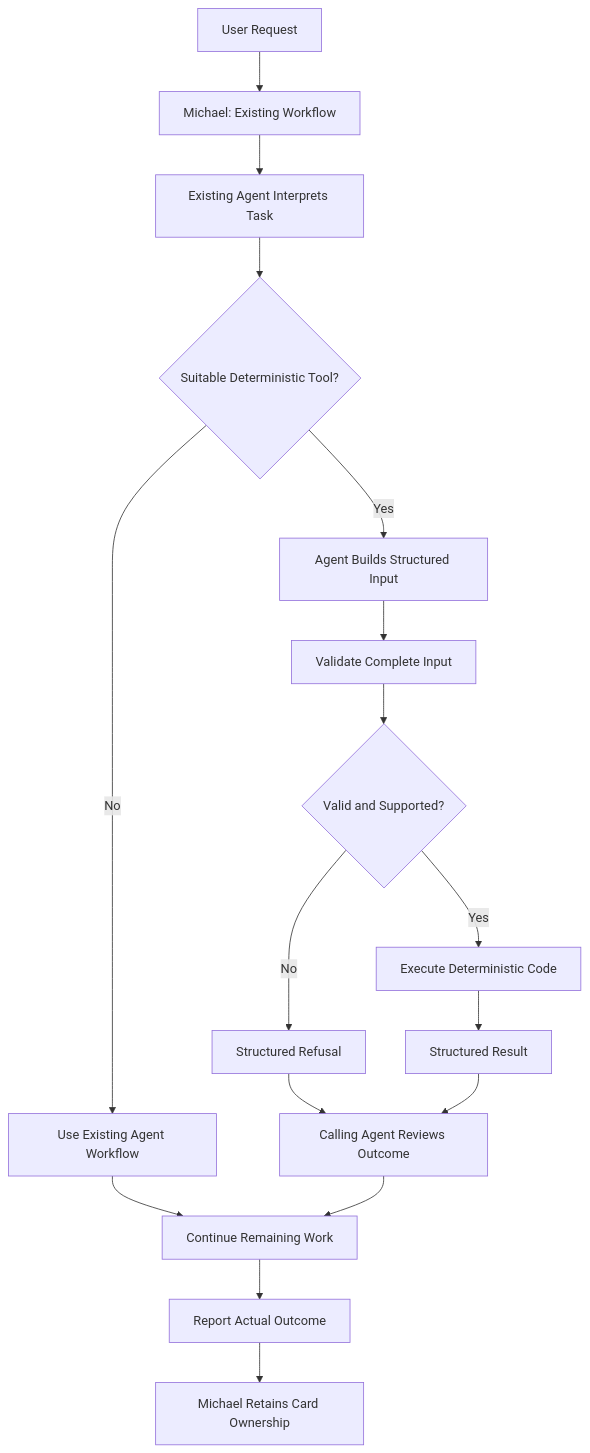
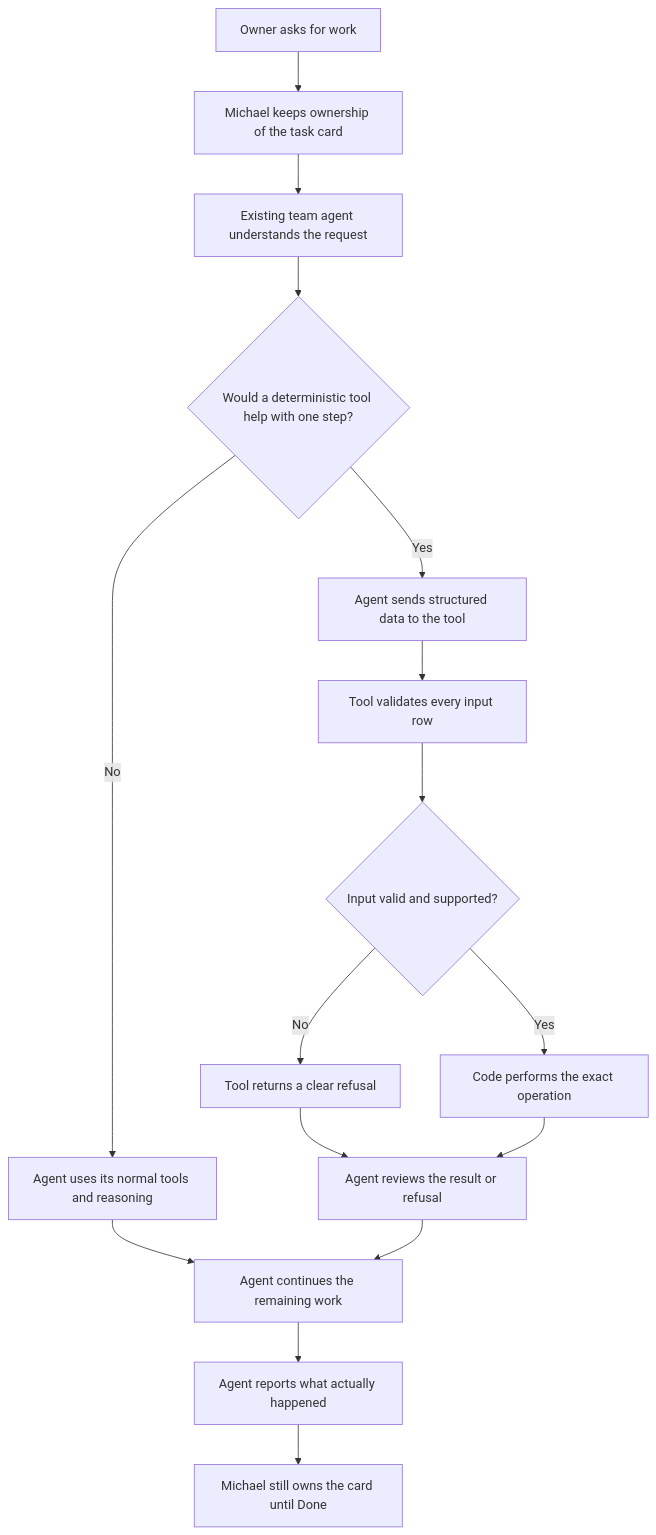
One commit to AMAN5102003/dontbemichael changed the first of 2 diagrams in docs/designs/code-first-execution.md. Above: the diagram before and after it, drawn with Mermaid. The commit also changed other lines of this file, not shown here.

````diff
--- a/docs/designs/code-first-execution.md
+++ b/docs/designs/code-first-execution.md
@@ -52,24 +26,18 @@
 ```mermaid
 flowchart TD
-    A["User Request"] --> B["Michael: Existing Workflow"]
-    B --> C["Existing Agent Interprets Task"]
-    C --> D{"Suitable Deterministic Tool?"}
-
-    D -- "No" --> E["Use Existing Agent Workflow"]
-    D -- "Yes" --> F["Agent Builds Structured Input"]
-
-    F --> G["Validate Complete Input"]
-    G --> H{"Valid and Supported?"}
-
-    H -- "No" --> I["Structured Refusal"]
-    H -- "Yes" --> J["Execute Deterministic Code"]
-
-    J --> K["Structured Result"]
-    I --> L["Calling Agent Reviews Outcome"]
+    A["Owner asks for work"] --> B["Michael keeps ownership of the task card"]
+    B --> C["Existing team agent understands the request"]
+    C --> D{"Would a deterministic tool help with one step?"}
+    D -- "No" --> E["Agent uses its normal tools and reasoning"]
+    D -- "Yes" --> F["Agent sends structured data to the tool"]
+    F --> G["Tool validates every input row"]
+    G --> H{"Input valid and supported?"}
+    H -- "No" --> I["Tool returns a clear refusal"]
+    H -- "Yes" --> J["Code performs the exact operation"]
+    I --> K["Agent reviews the result or refusal"]
+    J --> K
+    E --> L["Agent continues the remaining work"]
     K --> L
-
-    E --> M["Continue Remaining Work"]
-    L --> M
-    M --> N["Report Actual Outcome"]
-    N --> O["Michael Retains Card Ownership"]
+    L --> M["Agent reports what actually happened"]
+    M --> N["Michael still owns the card until Done"]
 ```
````
